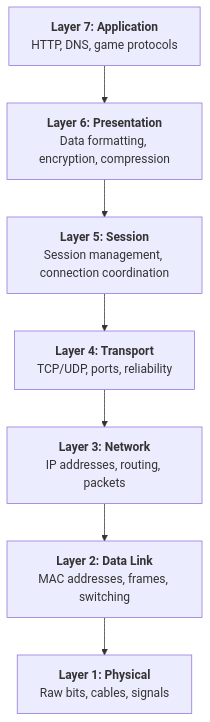
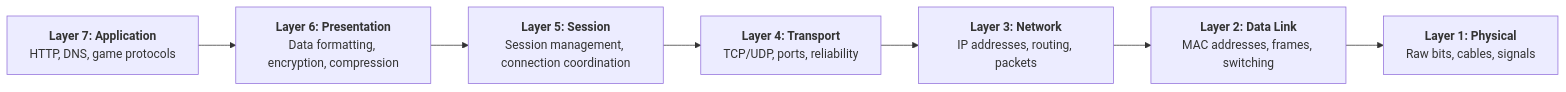
One commit to gameguild-gg/gameguild changed the first of 4 diagrams in apps/web/src/data/courses/networking/01-intro/00-lecture.md. Above: the diagram before and after it, drawn with Mermaid. The commit also changed other lines of this file, not shown here.

Commit message:
docs(courses/networking): Improve networking course diagrams and add comparison image

````diff
--- a/apps/web/src/data/courses/networking/01-intro/00-lecture.md
+++ b/apps/web/src/data/courses/networking/01-intro/00-lecture.md
@@ -42,9 +42,9 @@
 ```mermaid
-graph TD
+graph LR
     A["<b>Layer 7: Application</b><br/>HTTP, DNS, game protocols"] --> B["<b>Layer 6: Presentation</b><br/>Data formatting, encryption, compression"]
     B --> C["<b>Layer 5: Session</b><br/>Session management, connection coordination"]
     C --> D["<b>Layer 4: Transport</b><br/>TCP/UDP, ports, reliability"]
     D --> E["<b>Layer 3: Network</b><br/>IP addresses, routing, packets"]
     E --> F["<b>Layer 2: Data Link</b><br/>MAC addresses, frames, switching"]
     F --> G["<b>Layer 1: Physical</b><br/>Raw bits, cables, signals"]
 ```
````
